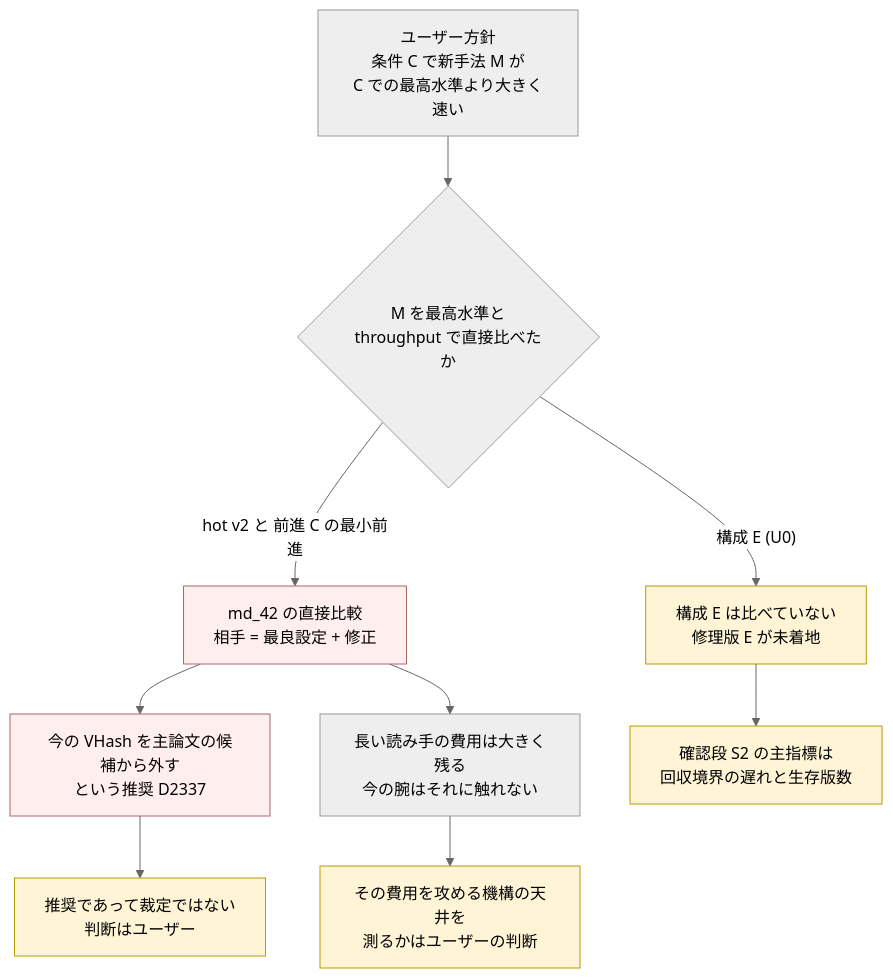
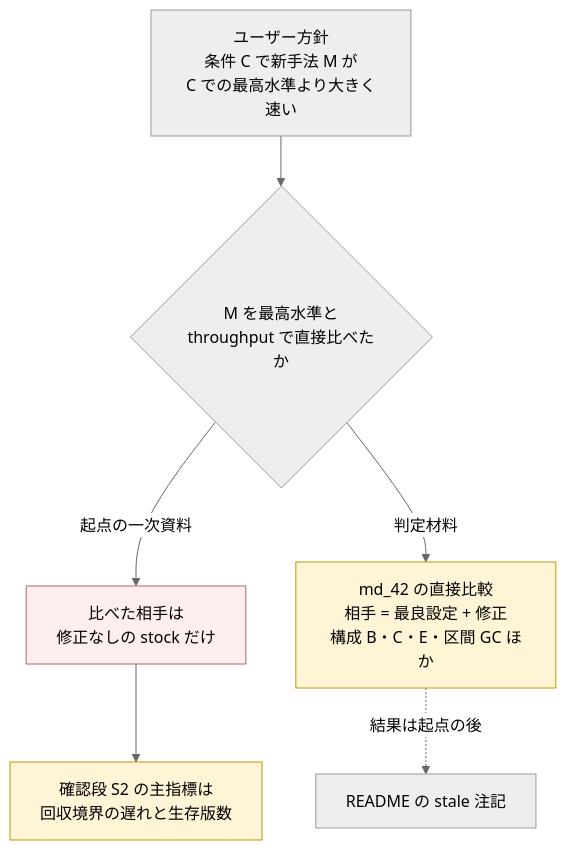
Before and after one commit to thawk105/izanagi: the second of 41 diagrams in docs/paper-story-vhash/2026-10-01.md, drawn with Mermaid (neutral theme). The commit also changed other lines of this file and 4 other files, not shown here.

First line of the commit message:
docs(vhash): [T-2938]・[T-2958] 4 版目の起点を wave 開始時の 74029b18f に戻し、md_42・md_43 の結論を README の stale 注記へ移す

````diff
--- a/docs/paper-story-vhash/2026-10-01.md
+++ b/docs/paper-story-vhash/2026-10-01.md
@@ -102,14 +102,11 @@
 ```mermaid
 flowchart TB
   pol["ユーザー方針<br/>条件 C で新手法 M が<br/>C での最高水準より大きく速い"]
   pol --> q1{"M を最高水準と<br/>throughput で直接比べたか"}
-  q1 -->|"hot v2 と 前進 C の最小前進"| m42["md_42 の直接比較<br/>相手 = 最良設定 + 修正"]:::neg
-  q1 -->|"構成 E (U0)"| miss["構成 E は比べていない<br/>修理版 E が未着地"]:::open
-  m42 --> rec["今の VHash を主論文の候補から外す<br/>という推奨 D2337"]:::neg
-  rec --> who["推奨であって裁定ではない<br/>判断はユーザー"]:::open
-  miss --> s2["確認段 S2 の主指標は<br/>回収境界の遅れと生存版数"]:::open
-  m42 --> rest["長い読み手の費用は大きく残る<br/>今の腕はそれに触れない"]
-  rest --> t2970["その費用を攻める機構の天井を<br/>測るかはユーザーの判断"]:::open
+  q1 -->|"起点の一次資料"| st["比べた相手は<br/>修正なしの stock だけ"]:::neg
+  q1 -->|"判定材料"| m42["md_42 の直接比較<br/>相手 = 最良設定 + 修正<br/>構成 B・C・E・区間 GC ほか"]:::open
+  m42 -.結果は起点の後.-> note["README の stale 注記"]
+  st --> s2["確認段 S2 の主指標は<br/>回収境界の遅れと生存版数"]:::open
   classDef neg fill:#fee,stroke:#a66
   classDef open fill:#fff4d6,stroke:#b90
 ```
````
